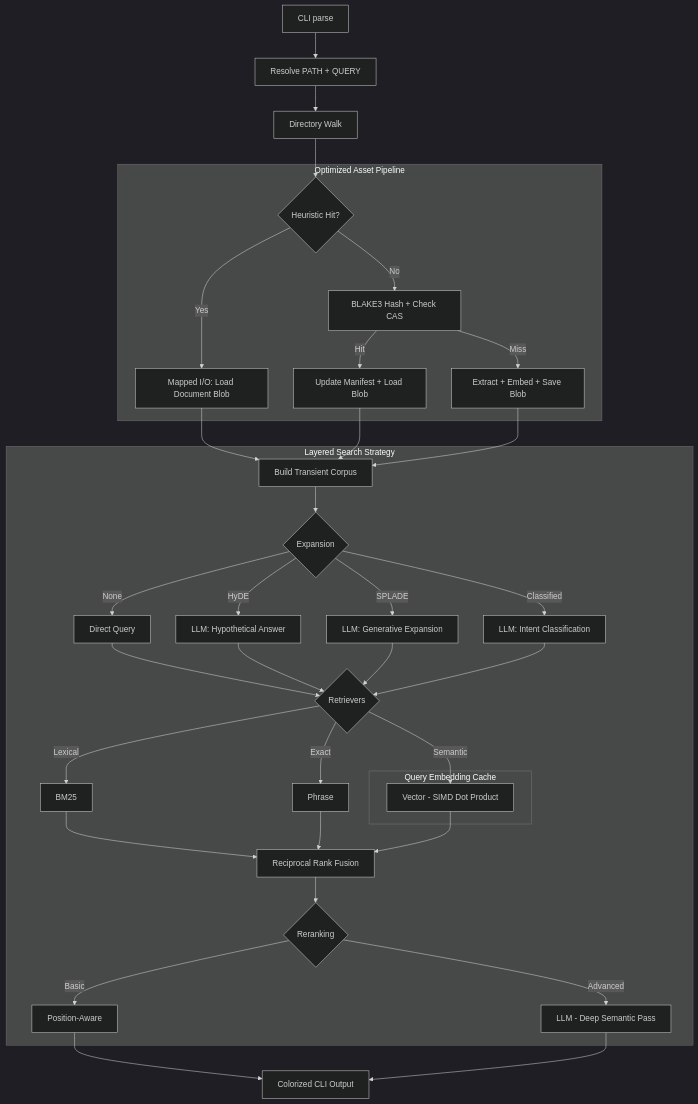
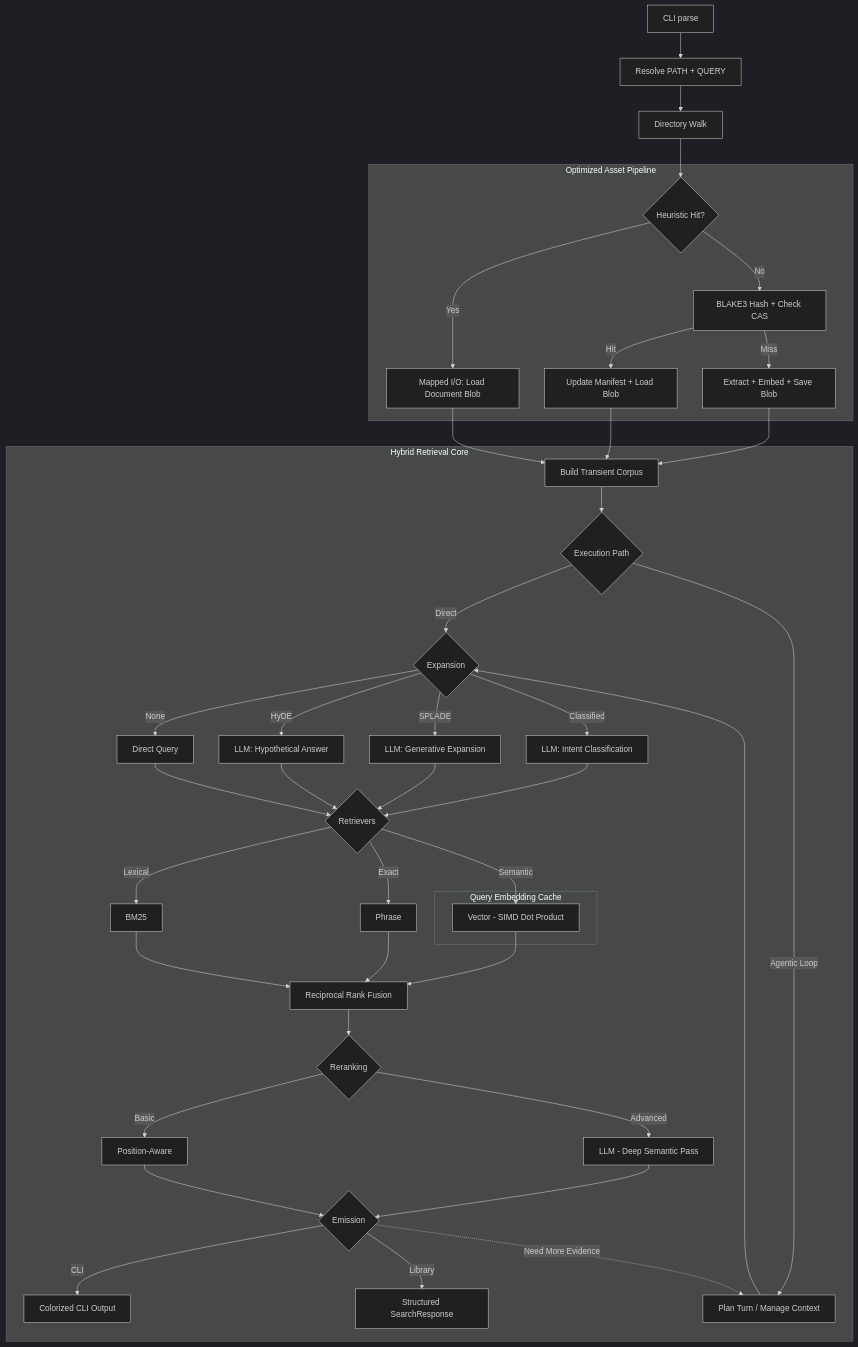
Before and after one commit to rupurt/sift: the diagram in README.md, drawn with Mermaid (dark theme). The commit also changed other lines of this file and 9 other files, not shown here.

Commit message:
docs: align repo with hybrid and agentic search pivot

````diff
--- a/README.md
+++ b/README.md
@@ -148,48 +154,53 @@
 ```mermaid
 flowchart TD
   A[CLI parse] --> B[Resolve PATH + QUERY]
   B --> C[Directory Walk]
   
   subgraph Pipeline ["Optimized Asset Pipeline"]
     C1{Heuristic Hit?} -->|Yes| C2[Mapped I/O: Load Document Blob]
     C1 -->|No| C3[BLAKE3 Hash + Check CAS]
     C3 -->|Hit| C4[Update Manifest + Load Blob]
     C3 -->|Miss| C5[Extract + Embed + Save Blob]
   end
 
   C --> C1
   C2 --> D[Build Transient Corpus]
   C4 --> D
   C5 --> D
 
-  subgraph Strategy ["Layered Search Strategy"]
-    D --> E{Expansion}
+  subgraph Strategy ["Hybrid Retrieval Core"]
+    D --> J{Execution Path}
+    J -->|Direct| E{Expansion}
+    J -->|Agentic Loop| A0[Plan Turn / Manage Context]
+    A0 --> E
     E -->|None| E1[Direct Query]
     E -->|HyDE| E2[LLM: Hypothetical Answer]
     E -->|SPLADE| E3[LLM: Generative Expansion]
     E -->|Classified| E4[LLM: Intent Classification]
     
     E1 --> F{Retrievers}
     E2 --> F
     E3 --> F
     E4 --> F
     
     F -->|Lexical| F1[BM25]
     F -->|Exact| F2[Phrase]
     F -->|Semantic| F3[Vector - SIMD Dot Product]
     
     subgraph QueryCache ["Query Embedding Cache"]
       F3
     end
 
     F1 --> G[Reciprocal Rank Fusion]
     F2 --> G
     F3 --> G
     G --> H{Reranking}
     H -->|Basic| H1[Position-Aware]
     H -->|Advanced| H2[LLM - Deep Semantic Pass]
+    H1 --> K{Emission}
+    H2 --> K
+    K -->|CLI| I[Colorized CLI Output]
+    K -->|Library| I2[Structured SearchResponse]
+    K -.->|Need More Evidence| A0
   end
-
-  H1 --> I[Colorized CLI Output]
-  H2 --> I
 ```
````
